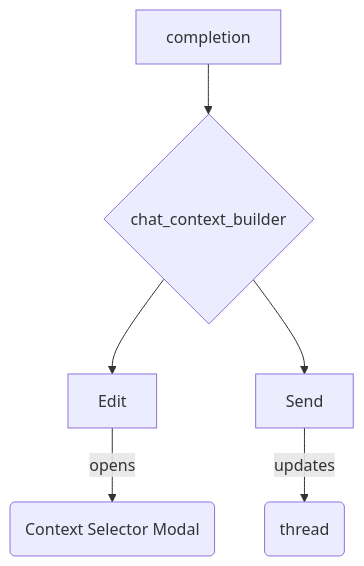
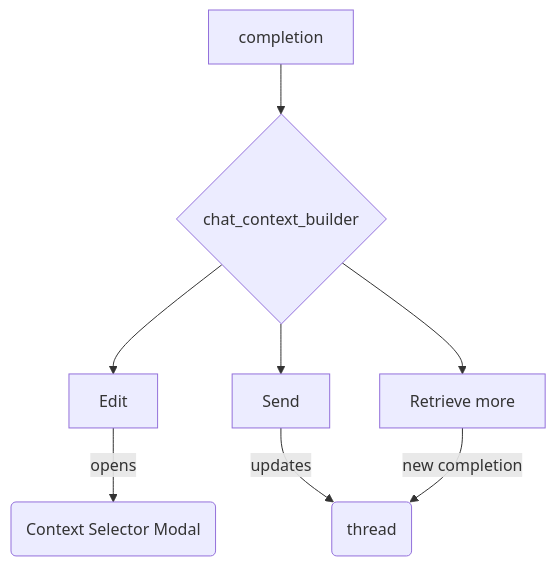
One commit to brianpetro/smart-chat-obsidian changed the diagram in src/components/spec.md. Above: the diagram before and after it, drawn with Mermaid. The commit also changed other lines of this file, not shown here.

Commit message:
Update spec.md to enhance function descriptions and improve flowchart representation

````diff
--- a/src/components/spec.md
+++ b/src/components/spec.md
@@ -10,8 +11,10 @@
 ```mermaid
 flowchart TD
-  A[completion] --> B{chat_context_builder}
-  B --> C[Edit]
-  B --> D[Send]
-  C -->|opens| E(Context Selector Modal)
-  D -->|updates| F(thread)
+	A[completion] --> B{chat_context_builder}
+	B --> C[Edit]
+	B --> D[Send]
+	B --> G[Retrieve more]
+	C -->|opens| E(Context Selector Modal)
+	D -->|updates| F(thread)
+	G -->|new completion| F
 ```
````
